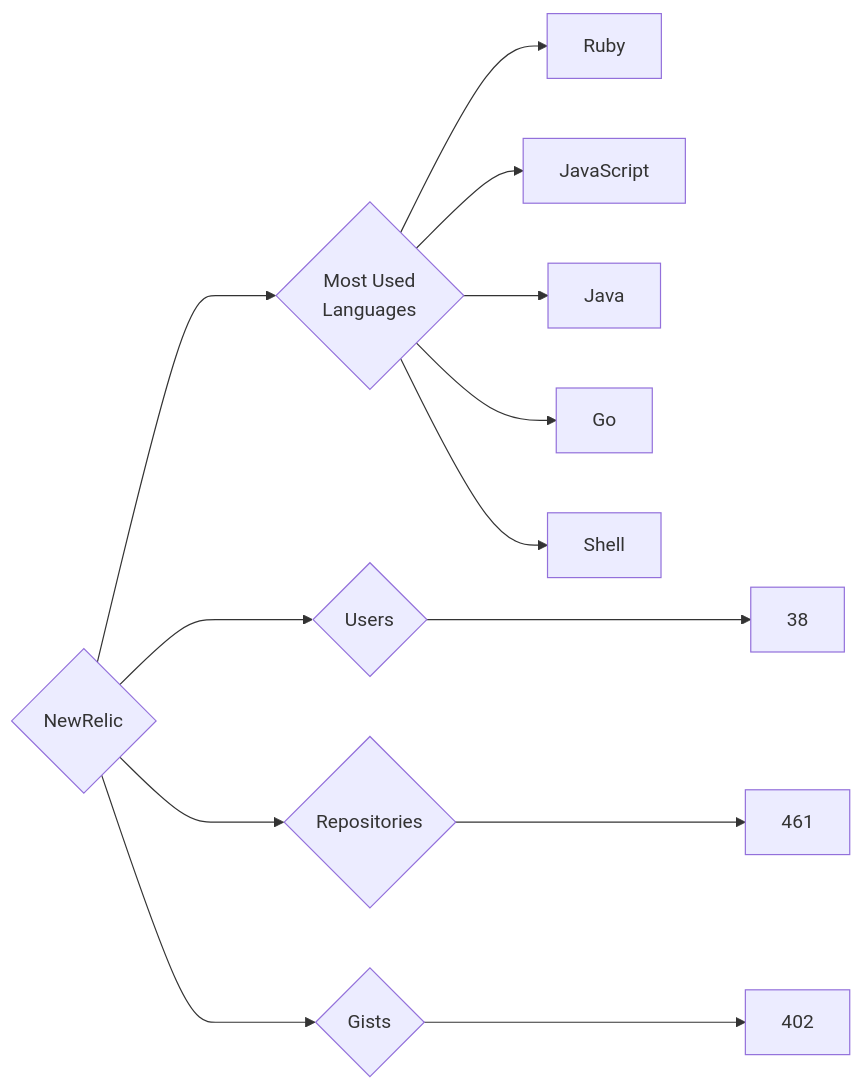
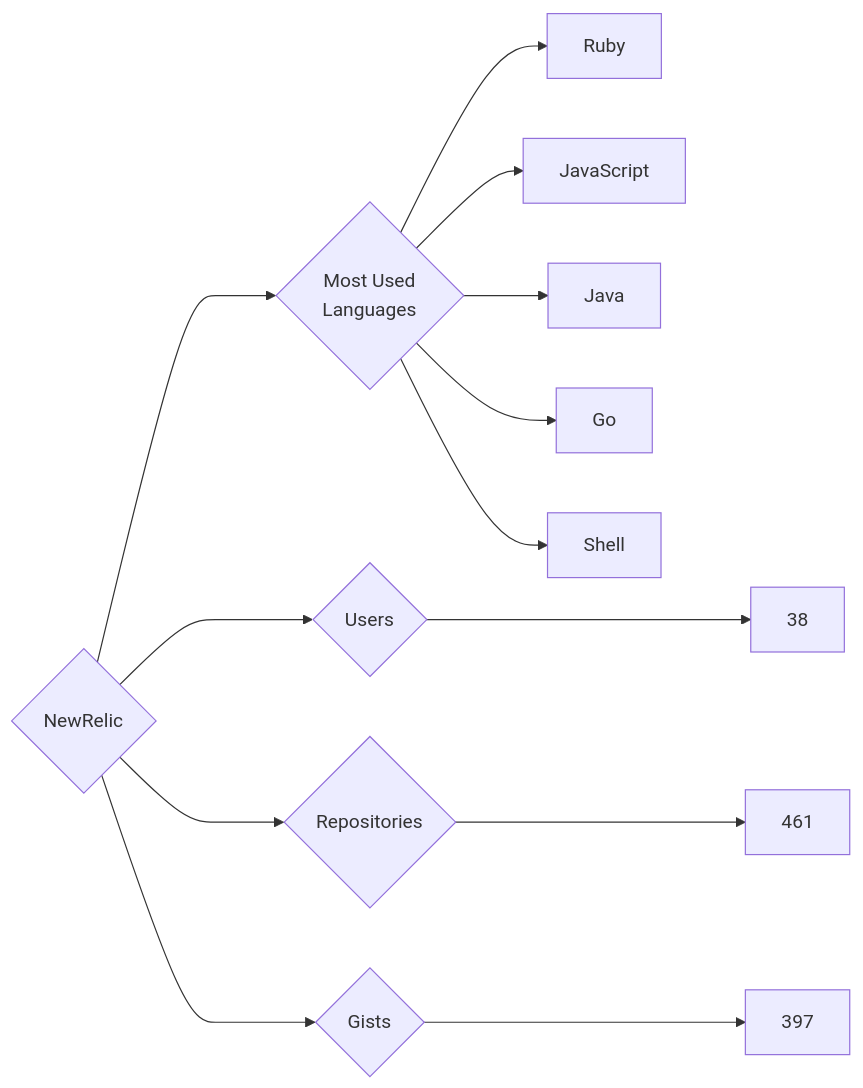
Before and after one commit to trickest/insiders: the diagram in targets/NewRelic/README.md, drawn with Mermaid. The commit also changed 728 other files, not shown here.

````diff
--- a/targets/NewRelic/README.md
+++ b/targets/NewRelic/README.md
@@ -3,13 +3,13 @@
 ```mermaid
 graph LR
 COMPANY_NAME{NewRelic}
 COMPANY_NAME ---> U{Users} ---> UN[38]
 COMPANY_NAME ---> R{Repositories} ---> RN[461]
-COMPANY_NAME ---> G{Gists} ---> GN[402]
+COMPANY_NAME ---> G{Gists} ---> GN[397]
 COMPANY_NAME ---> ML{Most Used<br>Languages}
 ML --> Ruby[Ruby]
 ML --> JavaScript[JavaScript]
 ML --> Java[Java]
 ML --> Go[Go]
 ML --> Shell[Shell]
 ```
````
